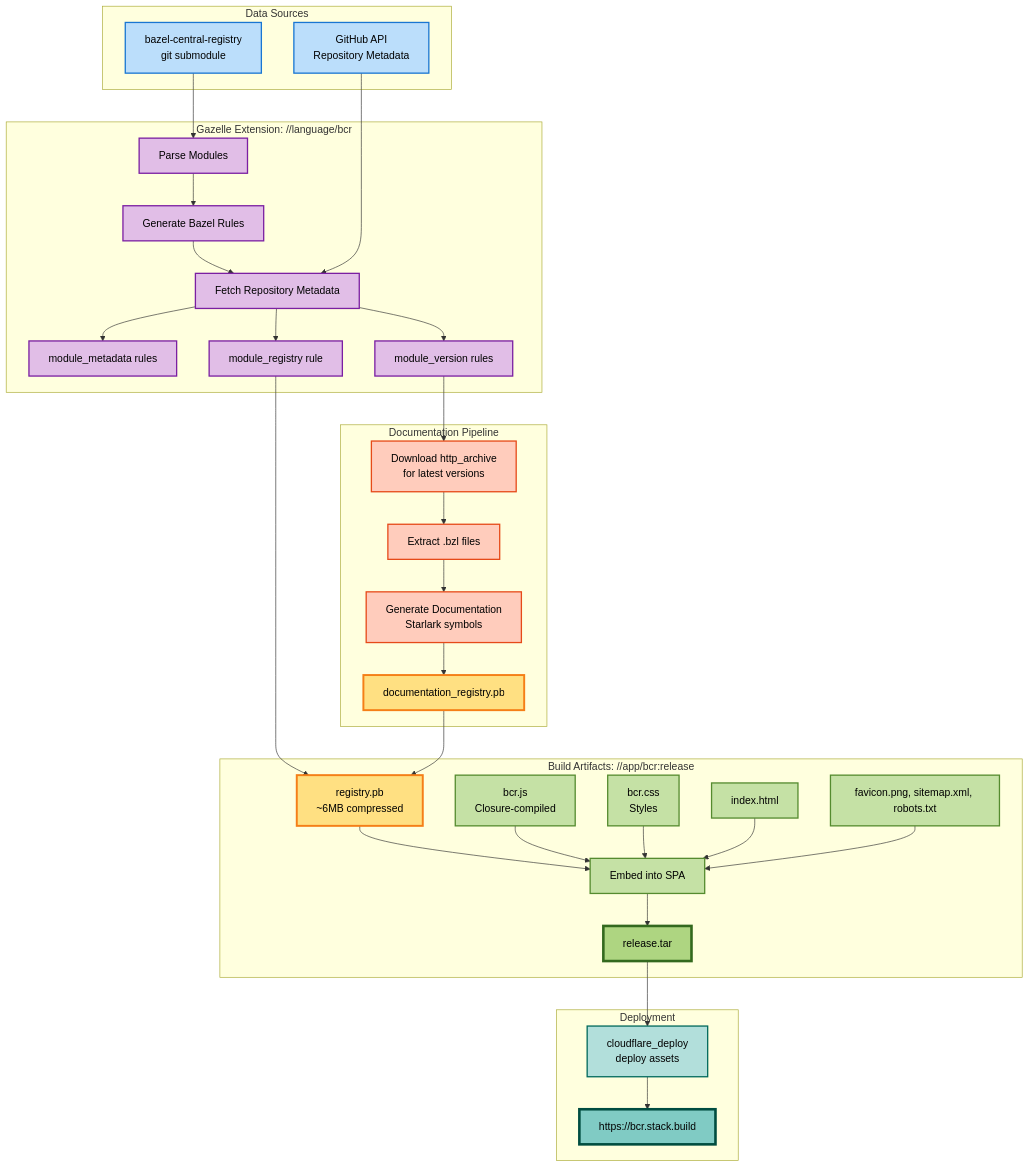
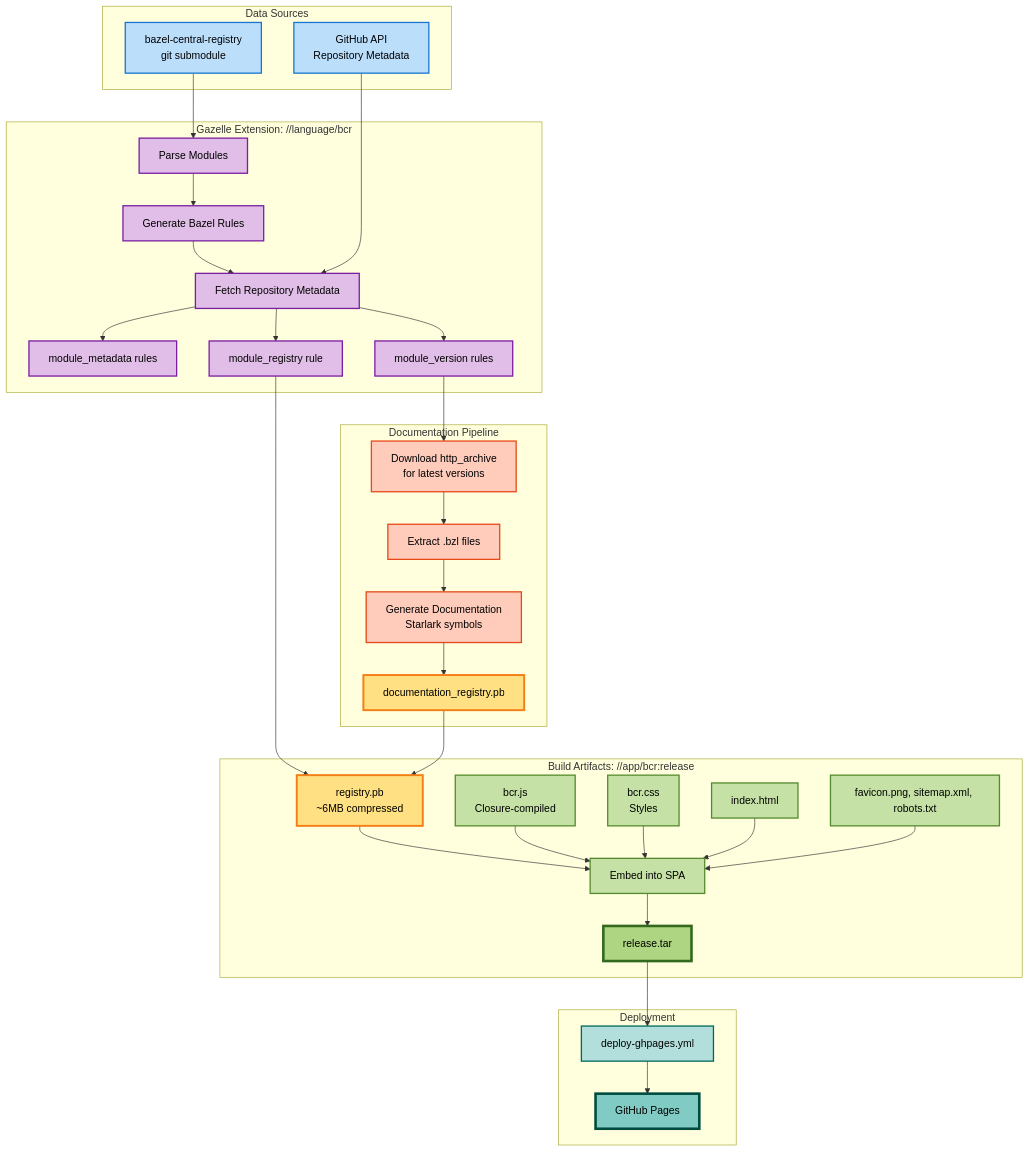
Before and after one commit to bazel-contrib/bcr-frontend: the diagram in README.md, drawn with Mermaid. The commit also changed other lines of this file and 16 other files, not shown here.

````diff
--- a/README.md
+++ b/README.md
@@ -79,71 +79,71 @@
 ```mermaid
 graph TB
     subgraph "Data Sources"
         BCR[bazel-central-registry<br/>git submodule]
         GH[GitHub API<br/>Repository Metadata]
     end
 
     subgraph "Gazelle Extension: //language/bcr"
         BCR --> Parse[Parse Modules]
         Parse --> GenRules[Generate Bazel Rules]
         GenRules --> FetchMeta[Fetch Repository Metadata]
         GH --> FetchMeta
         FetchMeta --> ModMeta[module_metadata rules]
         FetchMeta --> ModVer[module_version rules]
         FetchMeta --> ModReg[module_registry rule]
     end
 
     subgraph "Documentation Pipeline"
         ModVer --> DownloadArchives[Download http_archive<br/>for latest versions]
         DownloadArchives --> ExtractBzl[Extract .bzl files]
         ExtractBzl --> GenDocs[Generate Documentation<br/>Starlark symbols]
         GenDocs --> DocProto[documentation_registry.pb]
     end
 
     subgraph "Build Artifacts: //app/bcr:release"
         ModReg --> RegProto[registry.pb<br/>~6MB compressed]
         DocProto --> RegProto
         RegProto --> Embed[Embed into SPA]
         JS[bcr.js<br/>Closure-compiled] --> Embed
         CSS[bcr.css<br/>Styles] --> Embed
         HTML[index.html] --> Embed
         Assets[favicon.png, sitemap.xml, robots.txt] --> Embed
         Embed --> ReleaseTar[release.tar]
     end
 
     subgraph "Deployment"
-        ReleaseTar --> Deploy[cloudflare_deploy<br/>deploy assets]
-        Deploy --> Live[https://bcr.stack.build]
+        ReleaseTar --> Deploy[deploy-ghpages.yml]
+        Deploy --> Live[GitHub Pages]
     end
 
     %% Data Sources - Light Blue with darker borders
     style BCR fill:#bbdefb,stroke:#1976d2,stroke-width:2px,color:#000
     style GH fill:#bbdefb,stroke:#1976d2,stroke-width:2px,color:#000
 
     %% Gazelle Extension - Light Purple
     style Parse fill:#e1bee7,stroke:#7b1fa2,stroke-width:2px,color:#000
     style GenRules fill:#e1bee7,stroke:#7b1fa2,stroke-width:2px,color:#000
     style FetchMeta fill:#e1bee7,stroke:#7b1fa2,stroke-width:2px,color:#000
     style ModMeta fill:#e1bee7,stroke:#7b1fa2,stroke-width:2px,color:#000
     style ModVer fill:#e1bee7,stroke:#7b1fa2,stroke-width:2px,color:#000
     style ModReg fill:#e1bee7,stroke:#7b1fa2,stroke-width:2px,color:#000
 
     %% Documentation Pipeline - Light Orange
     style DownloadArchives fill:#ffccbc,stroke:#e64a19,stroke-width:2px,color:#000
     style ExtractBzl fill:#ffccbc,stroke:#e64a19,stroke-width:2px,color:#000
     style GenDocs fill:#ffccbc,stroke:#e64a19,stroke-width:2px,color:#000
     style DocProto fill:#ffe082,stroke:#f57f17,stroke-width:3px,color:#000
 
     %% Build Artifacts - Light Green
     style RegProto fill:#ffe082,stroke:#f57f17,stroke-width:3px,color:#000
     style Embed fill:#c5e1a5,stroke:#558b2f,stroke-width:2px,color:#000
     style JS fill:#c5e1a5,stroke:#558b2f,stroke-width:2px,color:#000
     style CSS fill:#c5e1a5,stroke:#558b2f,stroke-width:2px,color:#000
     style HTML fill:#c5e1a5,stroke:#558b2f,stroke-width:2px,color:#000
     style Assets fill:#c5e1a5,stroke:#558b2f,stroke-width:2px,color:#000
     style ReleaseTar fill:#aed581,stroke:#33691e,stroke-width:4px,color:#000
 
     %% Deployment - Light Teal
     style Deploy fill:#b2dfdb,stroke:#00695c,stroke-width:2px,color:#000
     style Live fill:#80cbc4,stroke:#004d40,stroke-width:4px,color:#000
 ```
````
